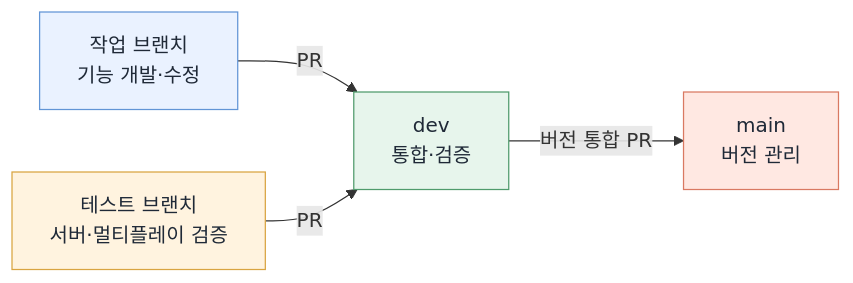
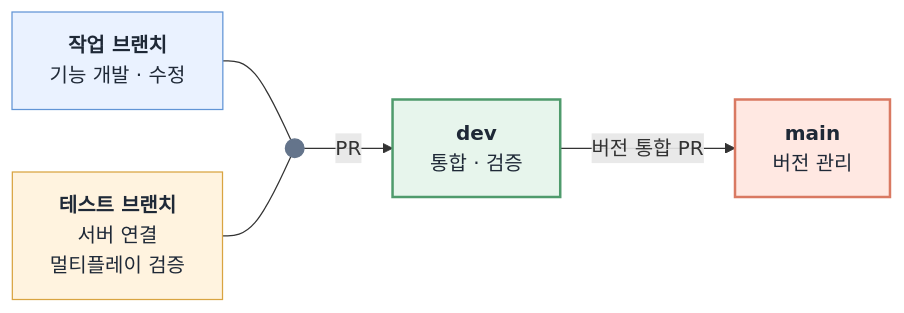
Before and after one commit to j1sung/ChickenFight: the second of 2 diagrams in README.md, drawn with Mermaid.

Commit message:
Improve flowchart styling and branch descriptions
Updated flowchart in README to enhance clarity and formatting.

````diff
--- a/README.md
+++ b/README.md
@@ -189,11 +189,19 @@
 ```mermaid
 flowchart LR
-    Work["작업 브랜치<br/>기능 개발·수정"] -->|PR| Dev["dev<br/>통합·검증"]
-    Test["테스트 브랜치<br/>서버·멀티플레이 검증"] -->|PR| Dev
-    Dev -->|버전 통합 PR| Main["main<br/>버전 관리"]
+    Work["<b>작업 브랜치</b><br/>기능 개발 · 수정"]
+    Test["<b>테스트 브랜치</b><br/>서버 연결<br/>멀티플레이 검증"]
+    Join(( ))
+    Dev["<b>dev</b><br/>통합 · 검증"]
+    Main["<b>main</b><br/>버전 관리"]
+
+    Work --- Join
+    Test --- Join
+    Join -->|PR| Dev
+    Dev -->|버전 통합 PR| Main
 
     style Work fill:#EAF2FF,stroke:#6195D6,color:#1F2937
     style Test fill:#FFF3DF,stroke:#D9A441,color:#1F2937
-    style Dev fill:#E7F5EC,stroke:#4F9B6C,color:#1F2937
-    style Main fill:#FFE8E2,stroke:#D97962,color:#1F2937
+    style Join fill:#64748B,stroke:#64748B
+    style Dev fill:#E7F5EC,stroke:#4F9B6C,color:#1F2937,stroke-width:2px
+    style Main fill:#FFE8E2,stroke:#D97962,color:#1F2937,stroke-width:2px
 ```
````
